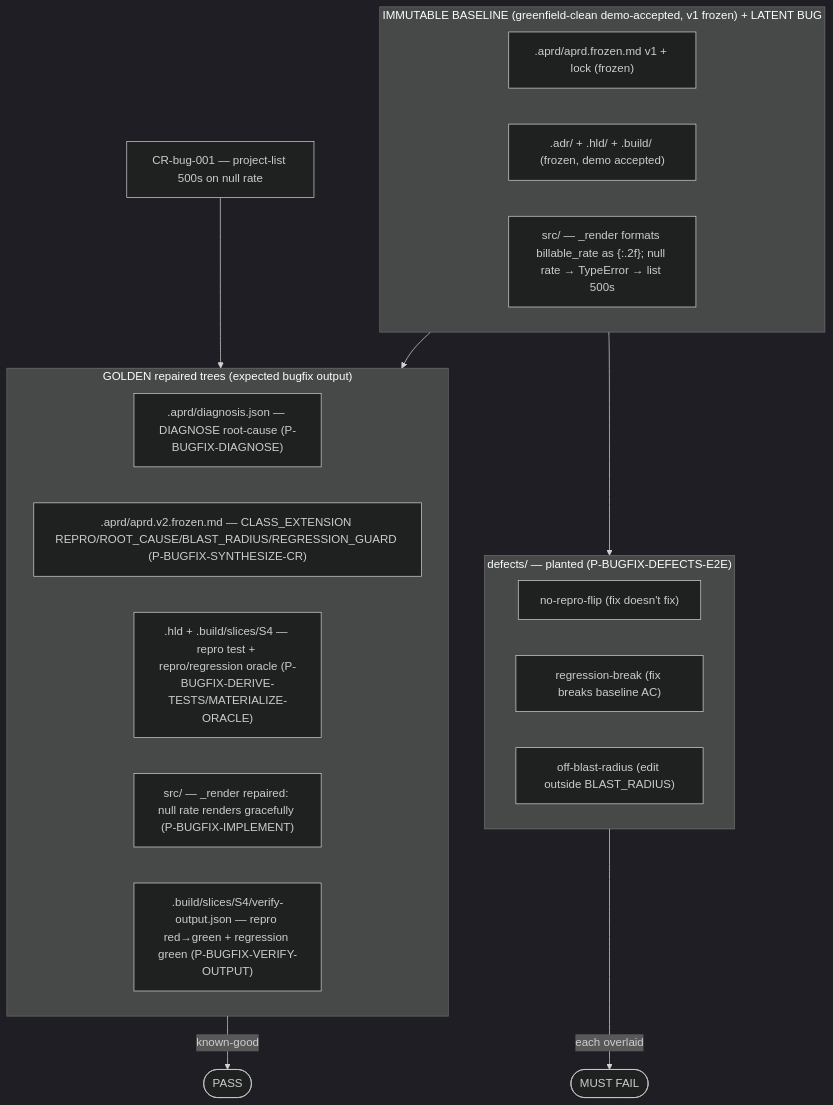
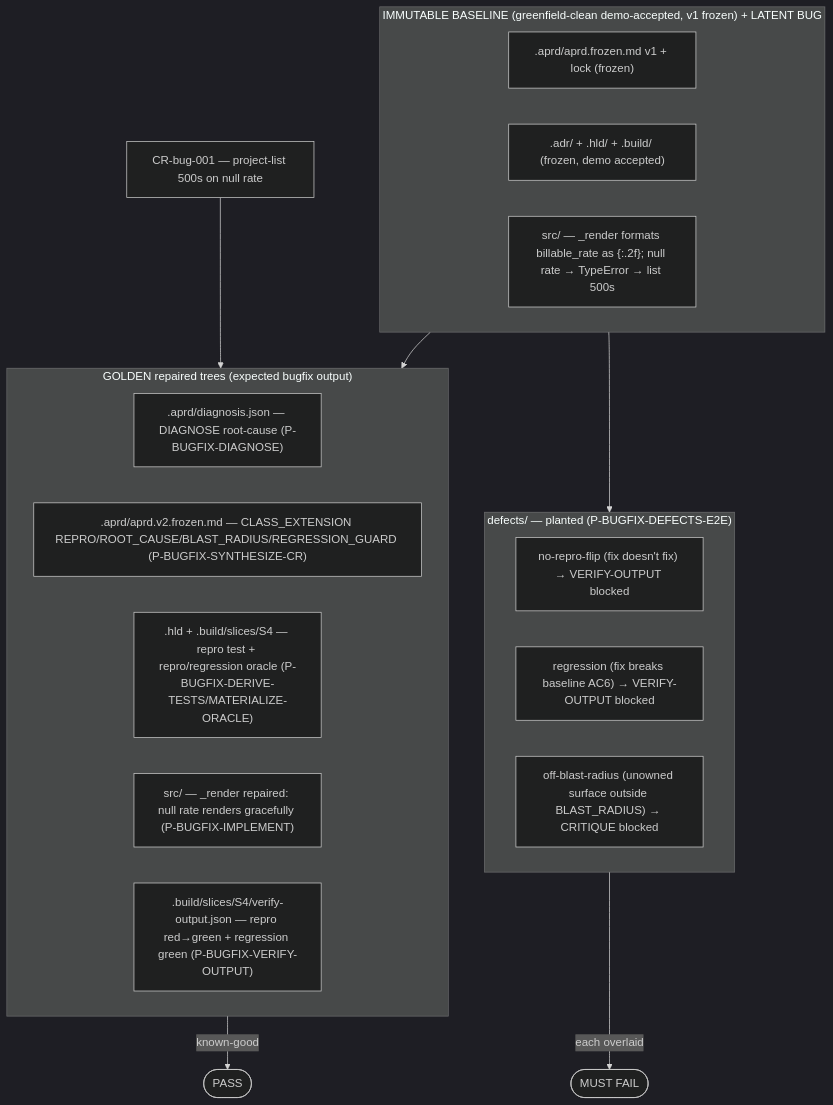
Before and after one commit to iiezhachenko/agentic-delivery-system: the diagram in _fixtures/brownfield-bugfix/README.md, drawn with Mermaid (dark theme). The commit also changed other lines of this file and 9 other files, not shown here.

````diff
--- a/_fixtures/brownfield-bugfix/README.md
+++ b/_fixtures/brownfield-bugfix/README.md
@@ -7,25 +7,25 @@
 ```mermaid
 flowchart TD
     subgraph BASE["IMMUTABLE BASELINE (greenfield-clean demo-accepted, v1 frozen) + LATENT BUG"]
         A1[".aprd/aprd.frozen.md v1 + lock (frozen)"]
         A2[".adr/ + .hld/ + .build/ (frozen, demo accepted)"]
         A3["src/ — _render formats billable_rate as {:.2f}; null rate → TypeError → list 500s"]
     end
     CR["CR-bug-001 — project-list 500s on null rate"] --> GOLD
     BASE --> GOLD
     subgraph GOLD["GOLDEN repaired trees (expected bugfix output)"]
         G1[".aprd/diagnosis.json — DIAGNOSE root-cause (P-BUGFIX-DIAGNOSE)"]
         G2[".aprd/aprd.v2.frozen.md — CLASS_EXTENSION REPRO/ROOT_CAUSE/BLAST_RADIUS/REGRESSION_GUARD (P-BUGFIX-SYNTHESIZE-CR)"]
         G3[".hld + .build/slices/S4 — repro test + repro/regression oracle (P-BUGFIX-DERIVE-TESTS/MATERIALIZE-ORACLE)"]
         G4["src/ — _render repaired: null rate renders gracefully (P-BUGFIX-IMPLEMENT)"]
         G5[".build/slices/S4/verify-output.json — repro red→green + regression green (P-BUGFIX-VERIFY-OUTPUT)"]
     end
     GOLD -->|"known-good"| PASS([PASS])
     subgraph DEF["defects/ — planted (P-BUGFIX-DEFECTS-E2E)"]
-        D1["no-repro-flip (fix doesn't fix)"]
-        D2["regression-break (fix breaks baseline AC)"]
-        D3["off-blast-radius (edit outside BLAST_RADIUS)"]
+        D1["no-repro-flip (fix doesn't fix) → VERIFY-OUTPUT blocked"]
+        D2["regression (fix breaks baseline AC6) → VERIFY-OUTPUT blocked"]
+        D3["off-blast-radius (unowned surface outside BLAST_RADIUS) → CRITIQUE blocked"]
     end
     BASE --> DEF
     DEF -->|"each overlaid"| FAIL([MUST FAIL])
 ```
````
